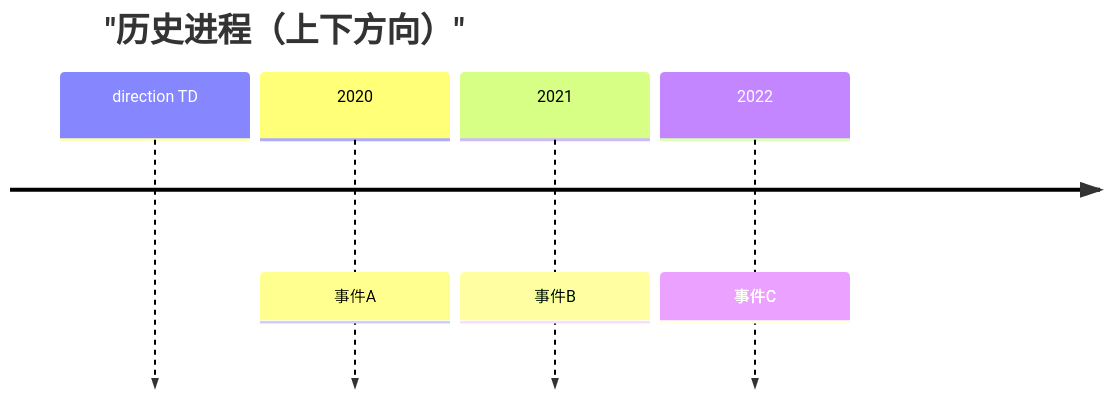
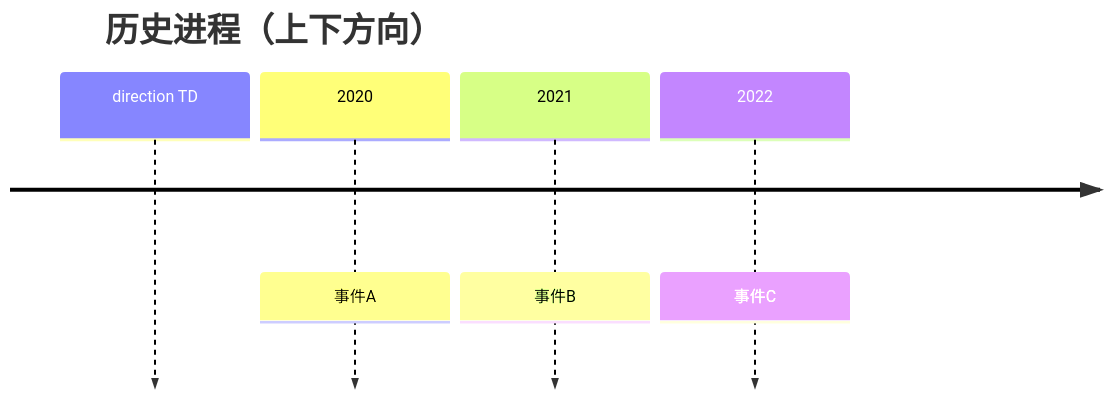
Before and after one commit to xinetzone/SpecWeave: the eighth of 10 diagrams in .agents/docs/knowledge/learning/04-docs-markup-tooling/mermaid-wiki/05-aggregate-diagrams.md, drawn with Mermaid. The commit also changed other lines of this file and 4 other files, not shown here.

Commit message:
docs(mermaid): 修复mermaid-wiki语法错误，沉淀引号规则清单 [prevent: rule-update]

````diff
--- a/.agents/docs/knowledge/learning/04-docs-markup-tooling/mermaid-wiki/05-aggregate-diagrams.md
+++ b/.agents/docs/knowledge/learning/04-docs-markup-tooling/mermaid-wiki/05-aggregate-diagrams.md
@@ -180,8 +180,8 @@
 ```mermaid
 timeline
-    title "历史进程（上下方向）"
+    title 历史进程（上下方向）
     direction TD
     2020 : 事件A
     2021 : 事件B
     2022 : 事件C
 ```
````
